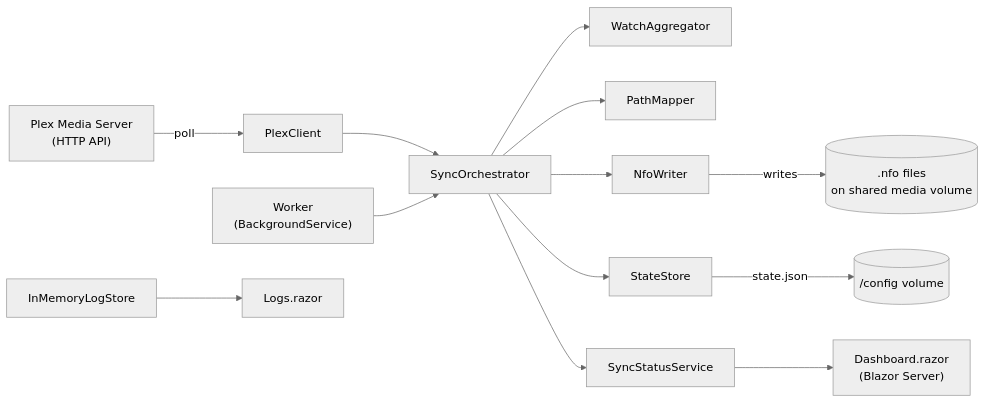
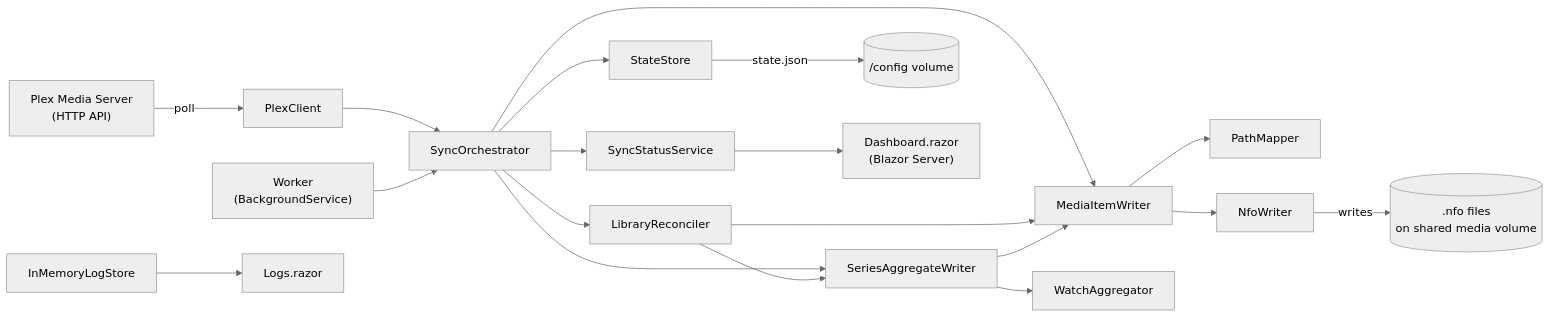
The diagram in docs/ARCHITECTURE.md (LarsLaskowski/PlexToJellyfinSync), drawn with Mermaid (neutral theme) before and after one commit. The commit also changed other lines of this file and 17 other files, not shown here.

Commit message:
[Service] Split SyncOrchestrator into focused collaborators (#200)

````diff
--- a/docs/ARCHITECTURE.md
+++ b/docs/ARCHITECTURE.md
@@ -14,15 +14,21 @@
 ```mermaid
 flowchart LR
     Plex["Plex Media Server<br>(HTTP API)"] -->|poll| PlexClient
     PlexClient --> SyncOrchestrator
-    SyncOrchestrator --> WatchAggregator
-    SyncOrchestrator --> PathMapper
-    SyncOrchestrator --> NfoWriter
+    SyncOrchestrator --> LibraryReconciler
+    SyncOrchestrator --> SeriesAggregateWriter
+    SyncOrchestrator --> MediaItemWriter
+    LibraryReconciler --> MediaItemWriter
+    LibraryReconciler --> SeriesAggregateWriter
+    SeriesAggregateWriter --> WatchAggregator
+    SeriesAggregateWriter --> MediaItemWriter
+    MediaItemWriter --> PathMapper
+    MediaItemWriter --> NfoWriter
     NfoWriter -->|writes| Nfo[(.nfo files<br>on shared media volume)]
     SyncOrchestrator --> StateStore
     StateStore -->|state.json| Config[(/config volume)]
     SyncOrchestrator --> SyncStatusService
     Worker["Worker<br>(BackgroundService)"] --> SyncOrchestrator
     SyncStatusService --> Dashboard["Dashboard.razor<br>(Blazor Server)"]
     LogStore["InMemoryLogStore"] --> Logs["Logs.razor"]
 ```
````
